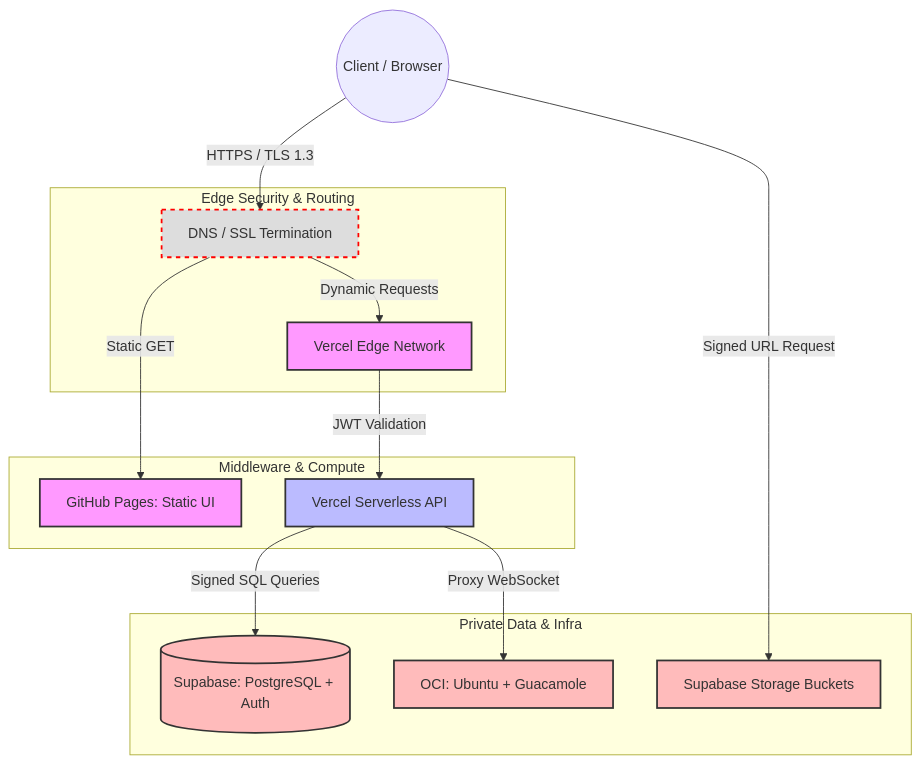
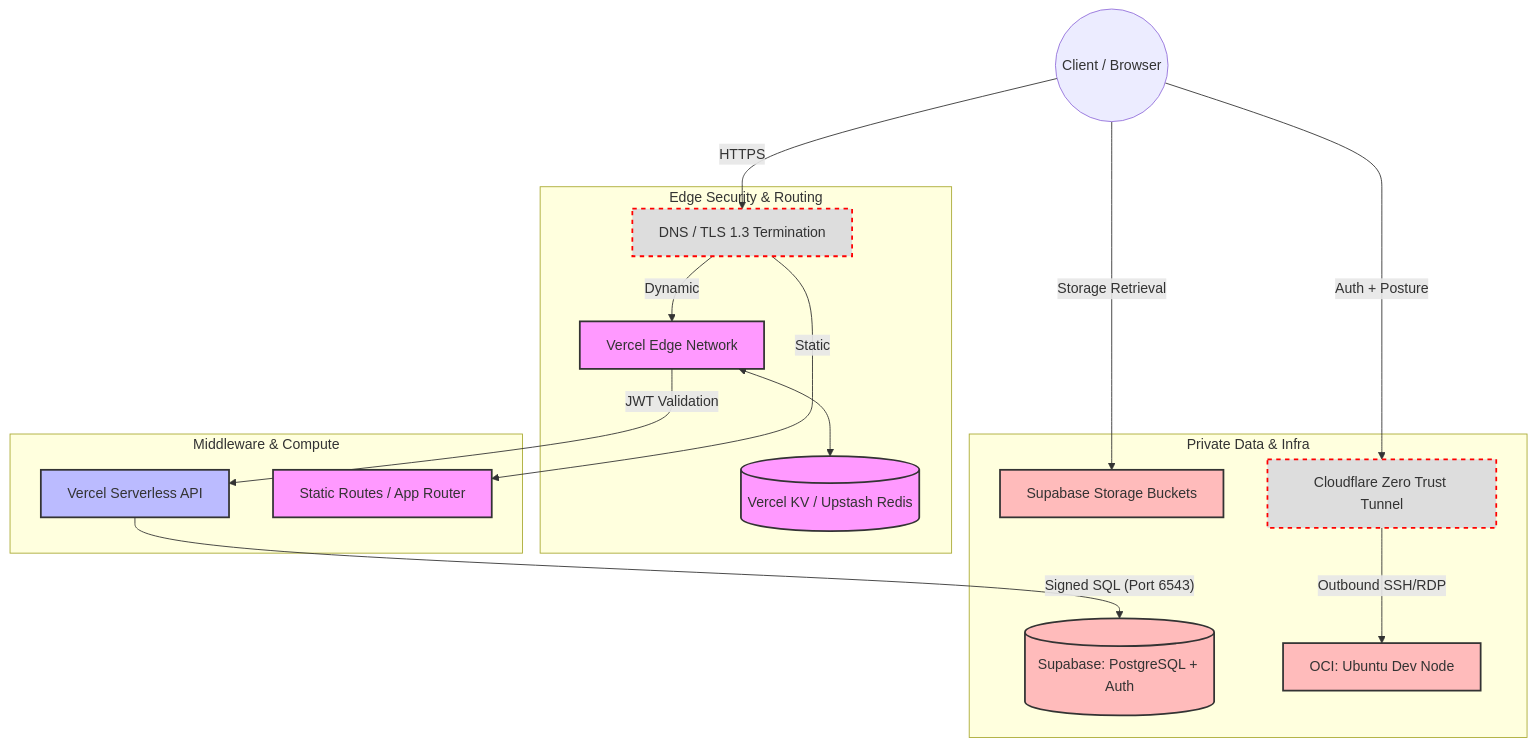
One commit to thealpha07/Azathoth changed the diagram in docs/architecture/TRD.md. Above: the diagram before and after it, drawn with Mermaid. The commit also changed other lines of this file, not shown here.

````diff
--- a/docs/architecture/TRD.md
+++ b/docs/architecture/TRD.md
@@ -11,44 +49,49 @@
 ```mermaid
 flowchart TD
     User((Client / Browser))
 
     %% Security & Routing Layer
     subgraph Edge Security & Routing
-        DNS[DNS / SSL Termination]
+        DNS[DNS / TLS 1.3 Termination]
         VercelEdge[Vercel Edge Network]
+        KV[(Vercel KV / Upstash Redis)]
     end
 
     %% Compute Layer
     subgraph Middleware & Compute
         VercelFunc[Vercel Serverless API]
-        GHPages[GitHub Pages: Static UI]
+        GHPages[Static Routes / App Router]
     end
 
     %% Data & Infrastructure Layer
     subgraph Private Data & Infra
         Supabase[(Supabase: PostgreSQL + Auth)]
         Storage[Supabase Storage Buckets]
-        OCI[OCI: Ubuntu + Guacamole]
+        CF[Cloudflare Zero Trust Tunnel]
+        OCI[OCI: Ubuntu Dev Node]
     end
 
     %% Flows
-    User -- "HTTPS / TLS 1.3" --> DNS
-    DNS -- "Static GET" --> GHPages
-    DNS -- "Dynamic Requests" --> VercelEdge
+    User -- "HTTPS" --> DNS
+    DNS -- "Static" --> GHPages
+    DNS -- "Dynamic" --> VercelEdge
+    VercelEdge <--> KV
+    VercelEdge -- "JWT Validation" --> VercelFunc
+    VercelFunc -- "Signed SQL (Port 6543)" --> Supabase
+    User -- "Storage Retrieval" --> Storage
     
-    VercelEdge -- "JWT Validation" --> VercelFunc
-    VercelFunc -- "Signed SQL Queries" --> Supabase
-    VercelFunc -- "Proxy WebSocket" --> OCI
-    
-    User -- "Signed URL Request" --> Storage
+    %% Zero Trust Flow
+    User -- "Auth + Posture" --> CF
+    CF -- "Outbound SSH/RDP" --> OCI
 
     classDef edge fill:#f9f,stroke:#333,stroke-width:2px;
     classDef compute fill:#bbf,stroke:#333,stroke-width:2px;
     classDef db fill:#fbb,stroke:#333,stroke-width:2px;
     classDef security fill:#ddd,stroke:#ff0000,stroke-width:2px,stroke-dasharray: 5 5;
     
-    class GHPages,VercelEdge edge;
+    class GHPages,VercelEdge,KV edge;
     class VercelFunc compute;
     class Supabase,Storage,OCI db;
-    class DNS security;
+    class DNS,CF security;
+    
 ```
````
